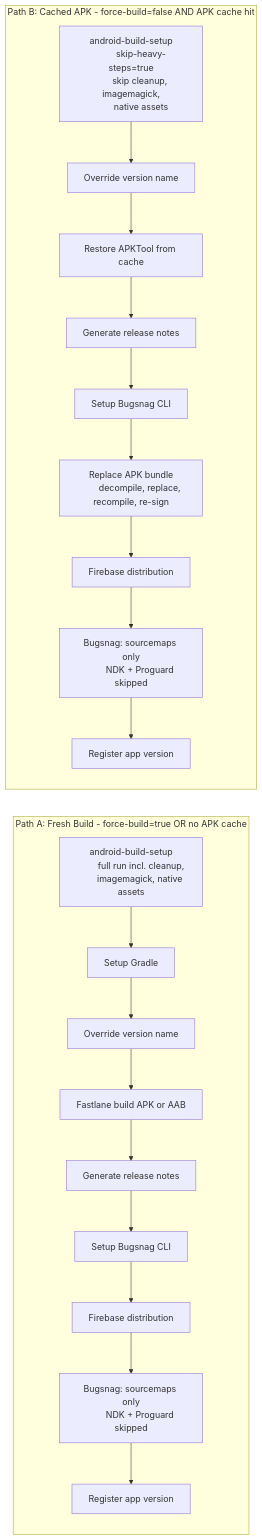
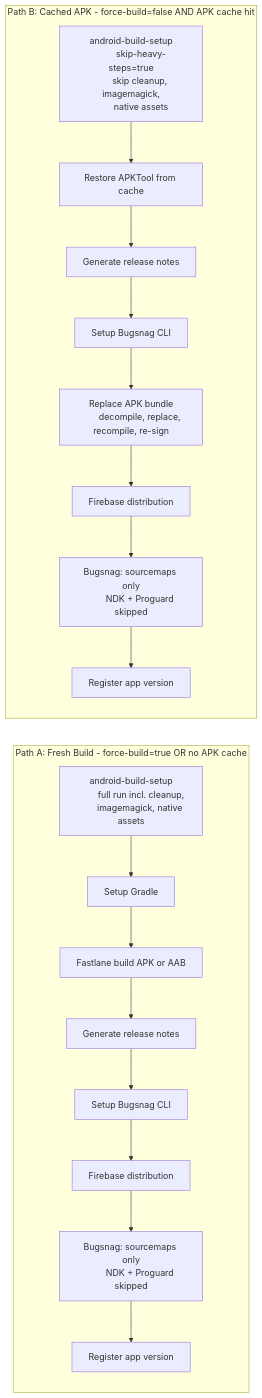
One commit to AtB-AS/mittatb-app changed the fifth of 6 diagrams in docs/android-build-staging-graph.md. Above: the diagram before and after it, drawn with Mermaid. The commit also changed other lines of this file and 2 other files, not shown here.

Commit message:
remove set version name

````diff
--- a/docs/android-build-staging-graph.md
+++ b/docs/android-build-staging-graph.md
@@ -276,34 +273,32 @@
 ```mermaid
 flowchart LR
     subgraph fresh ["Path A: Fresh Build - force-build=true OR no APK cache"]
         direction TB
         f1["android-build-setup
         full run incl. cleanup,
         imagemagick, native assets"] --> f2["Setup Gradle"]
-        f2 --> f3["Override version name"]
-        f3 --> f4["Fastlane build APK or AAB"]
-        f4 --> f5["Generate release notes"]
-        f5 --> f6["Setup Bugsnag CLI"]
-        f6 --> f7["Firebase distribution"]
-        f7 --> f8["Bugsnag: sourcemaps only
+        f2 --> f3["Fastlane build APK or AAB"]
+        f3 --> f4["Generate release notes"]
+        f4 --> f5["Setup Bugsnag CLI"]
+        f5 --> f6["Firebase distribution"]
+        f6 --> f7["Bugsnag: sourcemaps only
         NDK + Proguard skipped"]
-        f8 --> f9["Register app version"]
+        f7 --> f8["Register app version"]
     end
 
     subgraph cached ["Path B: Cached APK - force-build=false AND APK cache hit"]
         direction TB
         c1["android-build-setup
         skip-heavy-steps=true
         skip cleanup, imagemagick,
-        native assets"] --> c2["Override version name"]
-        c2 --> c3["Restore APKTool from cache"]
-        c3 --> c4["Generate release notes"]
-        c4 --> c5["Setup Bugsnag CLI"]
-        c5 --> c6["Replace APK bundle
+        native assets"] --> c2["Restore APKTool from cache"]
+        c2 --> c3["Generate release notes"]
+        c3 --> c4["Setup Bugsnag CLI"]
+        c4 --> c5["Replace APK bundle
         decompile, replace, recompile, re-sign"]
-        c6 --> c7["Firebase distribution"]
-        c7 --> c8["Bugsnag: sourcemaps only
+        c5 --> c6["Firebase distribution"]
+        c6 --> c7["Bugsnag: sourcemaps only
         NDK + Proguard skipped"]
-        c8 --> c9["Register app version"]
+        c7 --> c8["Register app version"]
     end
 ```
````
